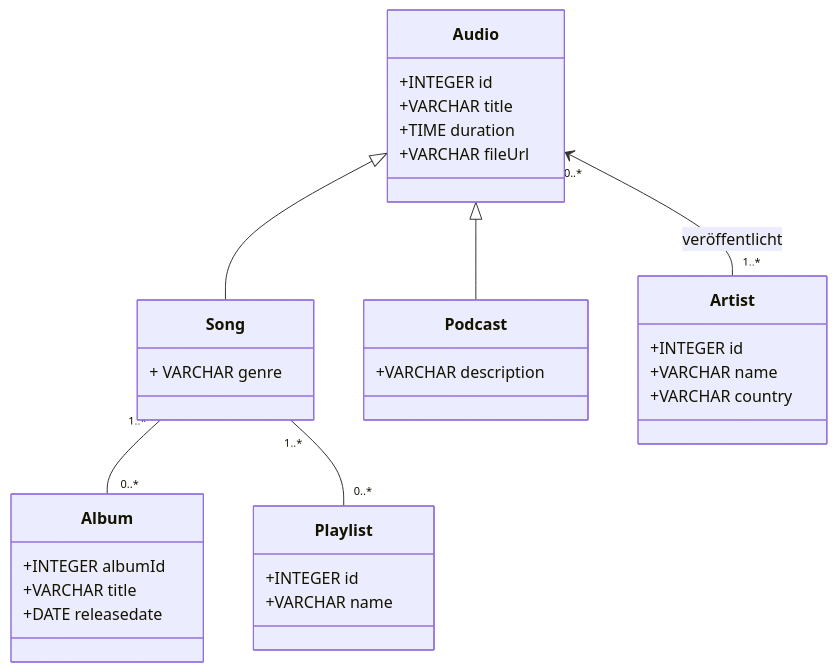
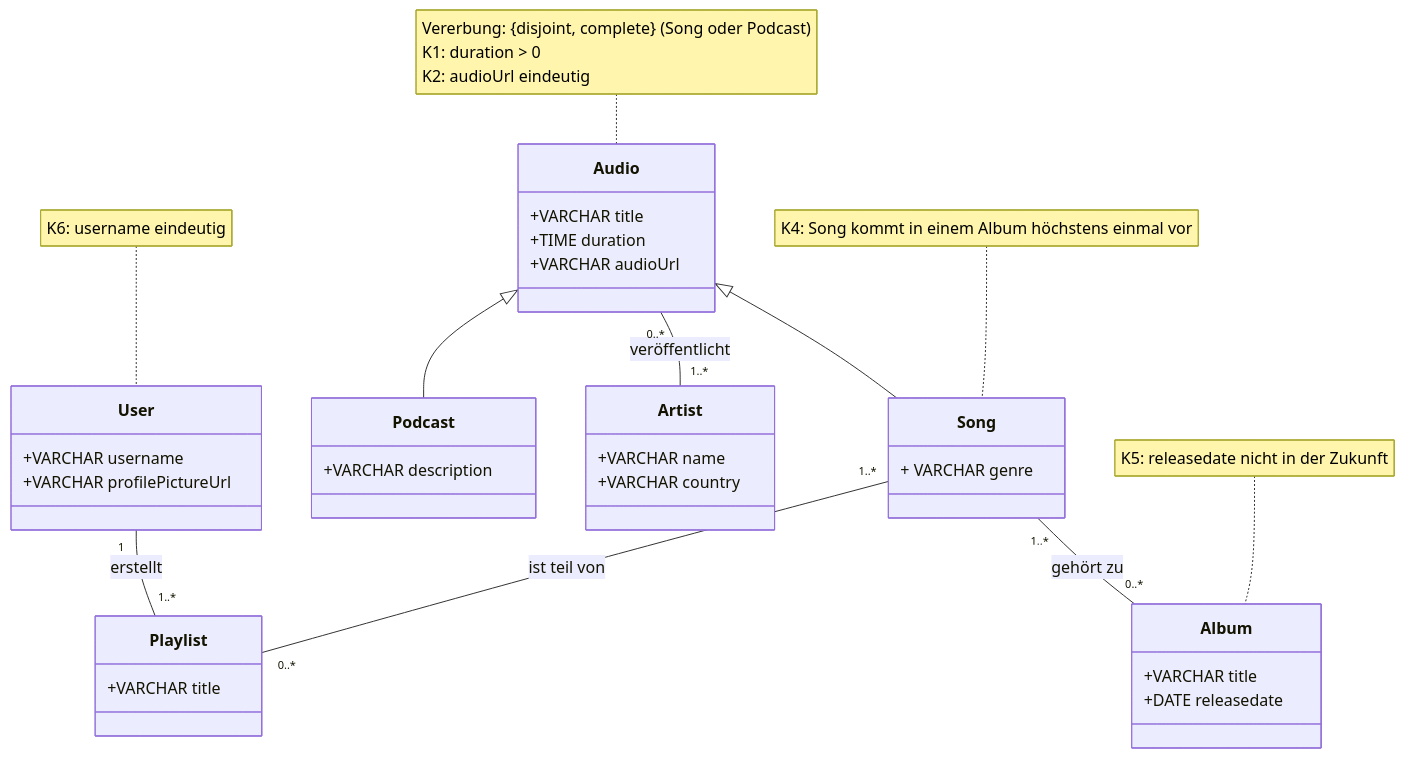
The diagram in README.md (PatriceManser/dbs1-musikliederverwaltung), drawn with Mermaid before and after one commit. The commit also changed other lines of this file, not shown here.

Commit message:
update konsistenzbedingungen

````diff
--- a/README.md
+++ b/README.md
@@ -17,37 +17,41 @@
 ```mermaid
 classDiagram
     class Audio {
-        +INTEGER id
         +VARCHAR title
         +TIME duration
-        +VARCHAR fileUrl
+        +VARCHAR audioUrl
     }
     class Song {
         + VARCHAR genre
     }
     class Podcast {
         +VARCHAR description
     }
     class Artist {
-        +INTEGER id
         +VARCHAR name
         +VARCHAR country
     }
     class Album {
-        +INTEGER albumId
         +VARCHAR title
         +DATE releasedate
     }
     class Playlist {
-        +INTEGER id
-        +VARCHAR name
+        +VARCHAR title
+    }
+    class User {
+        +VARCHAR username
+        +VARCHAR profilePictureUrl
     }
 
     Audio <|-- Song
     Audio <|-- Podcast
-    Audio "0..*" <-- "1..*" Artist : veröffentlicht
-    Song "1..*" -- "0..*" Album
-    Song "1..*" -- "0..*" Playlist
+    Audio "0..*" -- "1..*" Artist : veröffentlicht
+    Song "1..*" -- "0..*" Playlist: ist teil von
+    Song "1..*" -- "0..*" Album : gehört zu
+    User "1" -- "1..*" Playlist: erstellt
 
-
+    note for Audio "Vererbung: {disjoint, complete} (Song oder Podcast)<br>K1: duration > 0<br>K2: audioUrl eindeutig"
+    note for Song "K4: Song kommt in einem Album höchstens einmal vor"
+    note for Album "K5: releasedate nicht in der Zukunft"
+    note for User "K6: username eindeutig"
 ```
````
